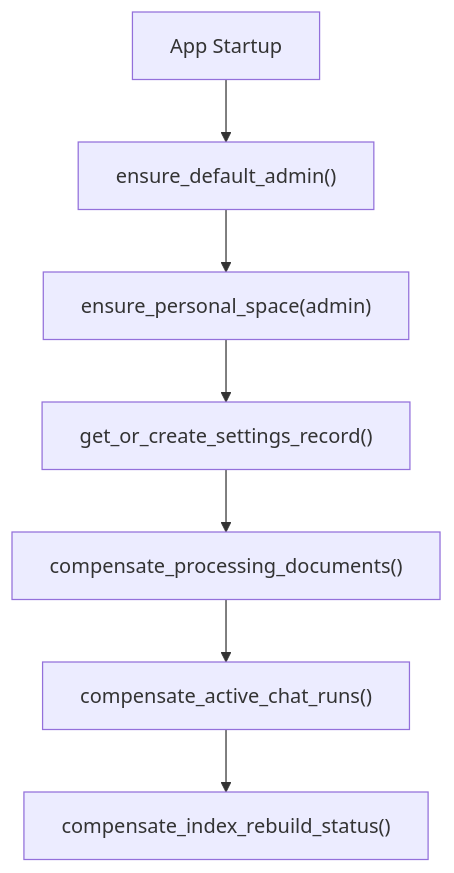
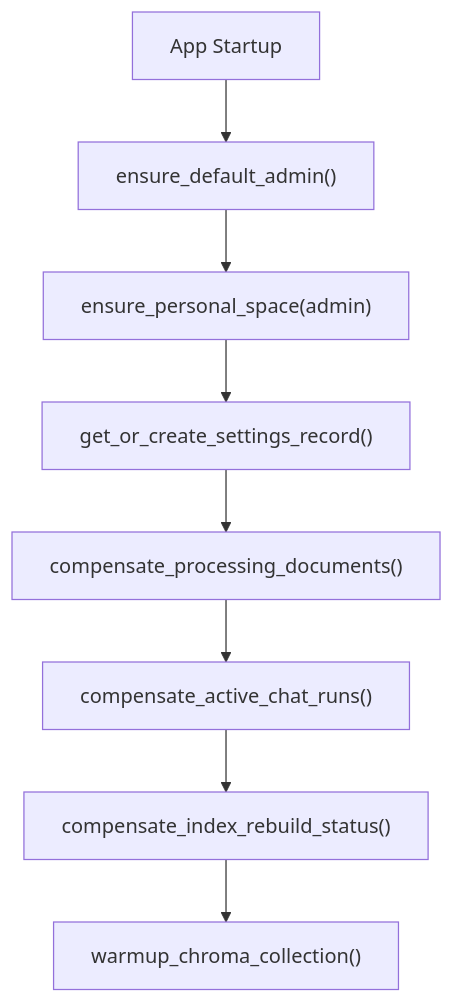
Before and after one commit to crper/knowledge-chatbox: the diagram in docs/arch/runtime-flows.md, drawn with Mermaid. The commit also changed other lines of this file and 306 other files, not shown here.

````diff
--- a/docs/arch/runtime-flows.md
+++ b/docs/arch/runtime-flows.md
@@ -5,9 +5,10 @@
 ```mermaid
 flowchart TD
   Boot["App Startup"] --> Admin["ensure_default_admin()"]
   Admin --> Space["ensure_personal_space(admin)"]
   Space --> Settings["get_or_create_settings_record()"]
   Settings --> Docs["compensate_processing_documents()"]
   Docs --> Runs["compensate_active_chat_runs()"]
   Runs --> Rebuild["compensate_index_rebuild_status()"]
+  Rebuild --> Warmup["warmup_chroma_collection()"]
 ```
````
